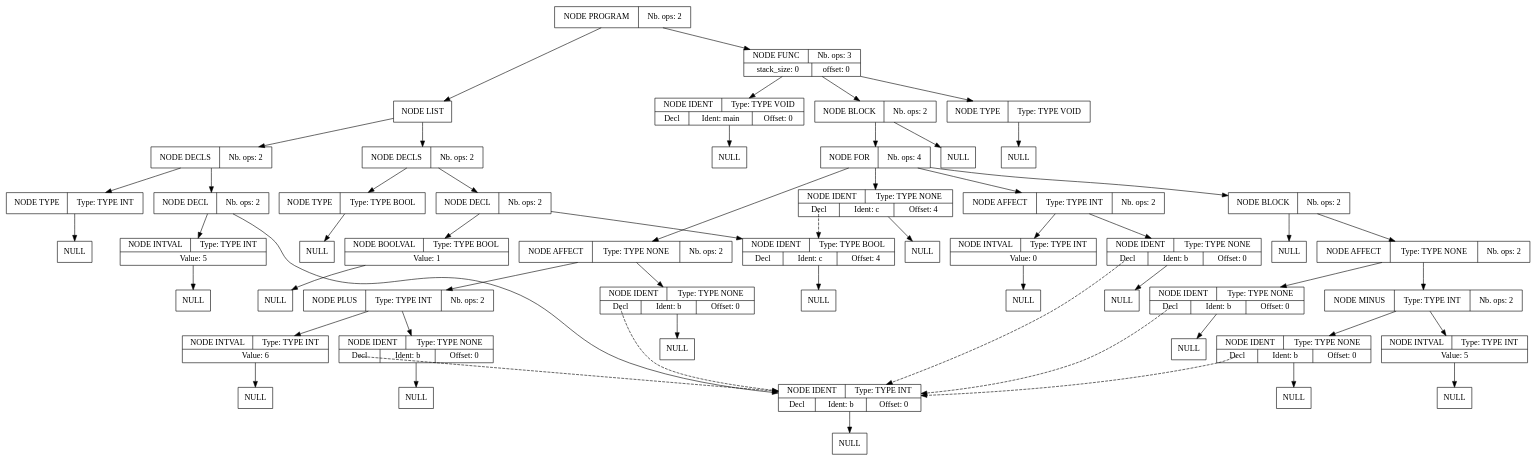
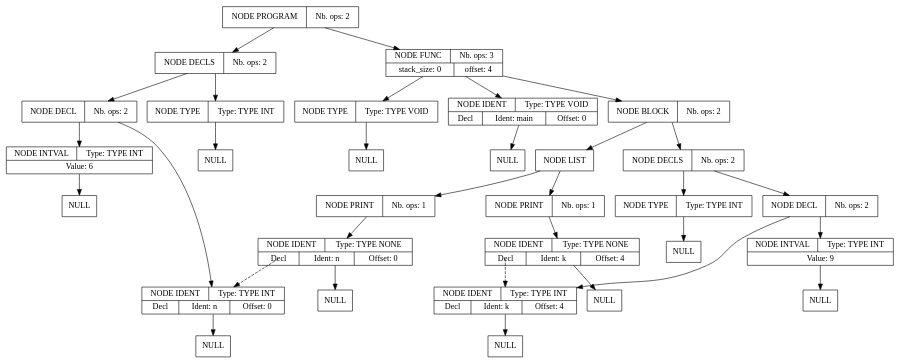
The diagram in projet_compilation_src/src/fichier_dump_fin.dot (Serial-DeV/Compilation), drawn with Graphviz before and after one commit. The commit also changed 14 other files, not shown here.

```diff
--- a/projet_compilation_src/src/fichier_dump_fin.dot
+++ b/projet_compilation_src/src/fichier_dump_fin.dot
@@ -1,165 +1,94 @@
 digraph global_vars {
     N1 [shape=record, label="{{NODE PROGRAM|Nb. ops: 2}}"];
-    N2 [shape=record, label="{{NODE LIST}}"];
-    N3 [shape=record, label="{{NODE DECLS|Nb. ops: 2}}"];
-    N4 [shape=record, label="{{NODE TYPE|Type: TYPE INT}}"];
-    N5 [shape=record, label="{{NULL}}"];
-    edge[tailclip=true];
-    N4 -> N5
+    N2 [shape=record, label="{{NODE DECLS|Nb. ops: 2}}"];
+    N3 [shape=record, label="{{NODE TYPE|Type: TYPE INT}}"];
+    N4 [shape=record, label="{{NULL}}"];
     edge[tailclip=true];
     N3 -> N4
-    N6 [shape=record, label="{{NODE DECL|Nb. ops: 2}}"];
-    N7 [shape=record, label="{{NODE IDENT|Type: TYPE INT}|{<decl>Decl      |Ident: b|Offset: 0}}"];
-    N8 [shape=record, label="{{NULL}}"];
     edge[tailclip=true];
-    N7 -> N8
+    N2 -> N3
+    N5 [shape=record, label="{{NODE DECL|Nb. ops: 2}}"];
+    N6 [shape=record, label="{{NODE IDENT|Type: TYPE INT}|{<decl>Decl      |Ident: n|Offset: 0}}"];
+    N7 [shape=record, label="{{NULL}}"];
     edge[tailclip=true];
     N6 -> N7
-    N9 [shape=record, label="{{NODE INTVAL|Type: TYPE INT}|{Value: 5}}"];
-    N10 [shape=record, label="{{NULL}}"];
     edge[tailclip=true];
-    N9 -> N10
+    N5 -> N6
+    N8 [shape=record, label="{{NODE INTVAL|Type: TYPE INT}|{Value: 6}}"];
+    N9 [shape=record, label="{{NULL}}"];
     edge[tailclip=true];
-    N6 -> N9
+    N8 -> N9
     edge[tailclip=true];
-    N3 -> N6
+    N5 -> N8
     edge[tailclip=true];
-    N2 -> N3
-    N11 [shape=record, label="{{NODE DECLS|Nb. ops: 2}}"];
-    N12 [shape=record, label="{{NODE TYPE|Type: TYPE BOOL}}"];
-    N13 [shape=record, label="{{NULL}}"];
+    N2 -> N5
     edge[tailclip=true];
-    N12 -> N13
+    N1 -> N2
+    N10 [shape=record, label="{{NODE FUNC|Nb. ops: 3}|{stack_size: 0|offset: 4}}"];
+    N11 [shape=record, label="{{NODE TYPE|Type: TYPE VOID}}"];
+    N12 [shape=record, label="{{NULL}}"];
     edge[tailclip=true];
     N11 -> N12
-    N14 [shape=record, label="{{NODE DECL|Nb. ops: 2}}"];
-    N15 [shape=record, label="{{NODE IDENT|Type: TYPE BOOL}|{<decl>Decl      |Ident: c|Offset: 4}}"];
-    N16 [shape=record, label="{{NULL}}"];
     edge[tailclip=true];
-    N15 -> N16
+    N10 -> N11
+    N13 [shape=record, label="{{NODE IDENT|Type: TYPE VOID}|{<decl>Decl      |Ident: main|Offset: 0}}"];
+    N14 [shape=record, label="{{NULL}}"];
     edge[tailclip=true];
-    N14 -> N15
-    N17 [shape=record, label="{{NODE BOOLVAL|Type: TYPE BOOL}|{Value: 1}}"];
+    N13 -> N14
+    edge[tailclip=true];
+    N10 -> N13
+    N15 [shape=record, label="{{NODE BLOCK|Nb. ops: 2}}"];
+    N16 [shape=record, label="{{NODE DECLS|Nb. ops: 2}}"];
+    N17 [shape=record, label="{{NODE TYPE|Type: TYPE INT}}"];
     N18 [shape=record, label="{{NULL}}"];
     edge[tailclip=true];
     N17 -> N18
     edge[tailclip=true];
-    N14 -> N17
-    edge[tailclip=true];
-    N11 -> N14
-    edge[tailclip=true];
-    N2 -> N11
-    edge[tailclip=true];
-    N1 -> N2
-    N19 [shape=record, label="{{NODE FUNC|Nb. ops: 3}|{stack_size: 0|offset: 0}}"];
-    N20 [shape=record, label="{{NODE TYPE|Type: TYPE VOID}}"];
+    N16 -> N17
+    N19 [shape=record, label="{{NODE DECL|Nb. ops: 2}}"];
+    N20 [shape=record, label="{{NODE IDENT|Type: TYPE INT}|{<decl>Decl      |Ident: k|Offset: 4}}"];
     N21 [shape=record, label="{{NULL}}"];
     edge[tailclip=true];
     N20 -> N21
     edge[tailclip=true];
     N19 -> N20
-    N22 [shape=record, label="{{NODE IDENT|Type: TYPE VOID}|{<decl>Decl      |Ident: main|Offset: 0}}"];
+    N22 [shape=record, label="{{NODE INTVAL|Type: TYPE INT}|{Value: 9}}"];
     N23 [shape=record, label="{{NULL}}"];
     edge[tailclip=true];
     N22 -> N23
     edge[tailclip=true];
     N19 -> N22
-    N24 [shape=record, label="{{NODE BLOCK|Nb. ops: 2}}"];
-    N25 [shape=record, label="{{NULL}}"];
+    edge[tailclip=true];
+    N16 -> N19
+    edge[tailclip=true];
+    N15 -> N16
+    N24 [shape=record, label="{{NODE LIST}}"];
+    N25 [shape=record, label="{{NODE PRINT|Nb. ops: 1}}"];
+    N26 [shape=record, label="{{NODE IDENT|Type: TYPE NONE}|{<decl>Decl      |Ident: n|Offset: 0}}"];
+    edge[tailclip=false];
+    "N26":decl:c -> "N6" [style=dashed]
+    N27 [shape=record, label="{{NULL}}"];
+    edge[tailclip=true];
+    N26 -> N27
+    edge[tailclip=true];
+    N25 -> N26
     edge[tailclip=true];
     N24 -> N25
-    N26 [shape=record, label="{{NODE FOR|Nb. ops: 4}}"];
-    N27 [shape=record, label="{{NODE AFFECT|Type: TYPE INT|Nb. ops: 2}}"];
-    N28 [shape=record, label="{{NODE IDENT|Type: TYPE NONE}|{<decl>Decl      |Ident: b|Offset: 0}}"];
+    N28 [shape=record, label="{{NODE PRINT|Nb. ops: 1}}"];
+    N29 [shape=record, label="{{NODE IDENT|Type: TYPE NONE}|{<decl>Decl      |Ident: k|Offset: 4}}"];
     edge[tailclip=false];
-    "N28":decl:c -> "N7" [style=dashed]
-    N29 [shape=record, label="{{NULL}}"];
+    "N29":decl:c -> "N20" [style=dashed]
+    N30 [shape=record, label="{{NULL}}"];
+    edge[tailclip=true];
+    N29 -> N30
     edge[tailclip=true];
     N28 -> N29
     edge[tailclip=true];
-    N27 -> N28
-    N30 [shape=record, label="{{NODE INTVAL|Type: TYPE INT}|{Value: 0}}"];
-    N31 [shape=record, label="{{NULL}}"];
+    N24 -> N28
     edge[tailclip=true];
-    N30 -> N31
+    N15 -> N24
     edge[tailclip=true];
-    N27 -> N30
+    N10 -> N15
     edge[tailclip=true];
-    N26 -> N27
-    N32 [shape=record, label="{{NODE IDENT|Type: TYPE NONE}|{<decl>Decl      |Ident: c|Offset: 4}}"];
-    edge[tailclip=false];
-    "N32":decl:c -> "N15" [style=dashed]
-    N33 [shape=record, label="{{NULL}}"];
-    edge[tailclip=true];
-    N32 -> N33
-    edge[tailclip=true];
-    N26 -> N32
-    N34 [shape=record, label="{{NODE AFFECT|Type: TYPE NONE|Nb. ops: 2}}"];
-    N35 [shape=record, label="{{NODE IDENT|Type: TYPE NONE}|{<decl>Decl      |Ident: b|Offset: 0}}"];
-    edge[tailclip=false];
-    "N35":decl:c -> "N7" [style=dashed]
-    N36 [shape=record, label="{{NULL}}"];
-    edge[tailclip=true];
-    N35 -> N36
-    edge[tailclip=true];
-    N34 -> N35
-    N37 [shape=record, label="{{NODE PLUS|Type: TYPE INT|Nb. ops: 2}}"];
-    N38 [shape=record, label="{{NODE IDENT|Type: TYPE NONE}|{<decl>Decl      |Ident: b|Offset: 0}}"];
-    edge[tailclip=false];
-    "N38":decl:c -> "N7" [style=dashed]
-    N39 [shape=record, label="{{NULL}}"];
-    edge[tailclip=true];
-    N38 -> N39
-    edge[tailclip=true];
-    N37 -> N38
-    N40 [shape=record, label="{{NODE INTVAL|Type: TYPE INT}|{Value: 6}}"];
-    N41 [shape=record, label="{{NULL}}"];
-    edge[tailclip=true];
-    N40 -> N41
-    edge[tailclip=true];
-    N37 -> N40
-    edge[tailclip=true];
-    N34 -> N37
-    edge[tailclip=true];
-    N26 -> N34
-    N42 [shape=record, label="{{NODE BLOCK|Nb. ops: 2}}"];
-    N43 [shape=record, label="{{NULL}}"];
-    edge[tailclip=true];
-    N42 -> N43
-    N44 [shape=record, label="{{NODE AFFECT|Type: TYPE NONE|Nb. ops: 2}}"];
-    N45 [shape=record, label="{{NODE IDENT|Type: TYPE NONE}|{<decl>Decl      |Ident: b|Offset: 0}}"];
-    edge[tailclip=false];
-    "N45":decl:c -> "N7" [style=dashed]
-    N46 [shape=record, label="{{NULL}}"];
-    edge[tailclip=true];
-    N45 -> N46
-    edge[tailclip=true];
-    N44 -> N45
-    N47 [shape=record, label="{{NODE MINUS|Type: TYPE INT|Nb. ops: 2}}"];
-    N48 [shape=record, label="{{NODE IDENT|Type: TYPE NONE}|{<decl>Decl      |Ident: b|Offset: 0}}"];
-    edge[tailclip=false];
-    "N48":decl:c -> "N7" [style=dashed]
-    N49 [shape=record, label="{{NULL}}"];
-    edge[tailclip=true];
-    N48 -> N49
-    edge[tailclip=true];
-    N47 -> N48
-    N50 [shape=record, label="{{NODE INTVAL|Type: TYPE INT}|{Value: 5}}"];
-    N51 [shape=record, label="{{NULL}}"];
-    edge[tailclip=true];
-    N50 -> N51
-    edge[tailclip=true];
-    N47 -> N50
-    edge[tailclip=true];
-    N44 -> N47
-    edge[tailclip=true];
-    N42 -> N44
-    edge[tailclip=true];
-    N26 -> N42
-    edge[tailclip=true];
-    N24 -> N26
-    edge[tailclip=true];
-    N19 -> N24
-    edge[tailclip=true];
-    N1 -> N19
+    N1 -> N10
 }
```
